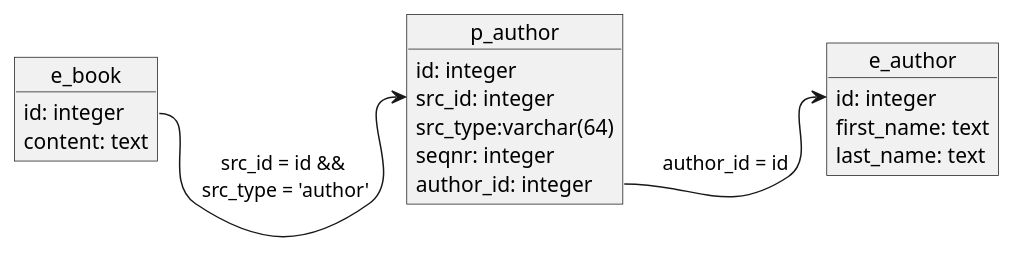
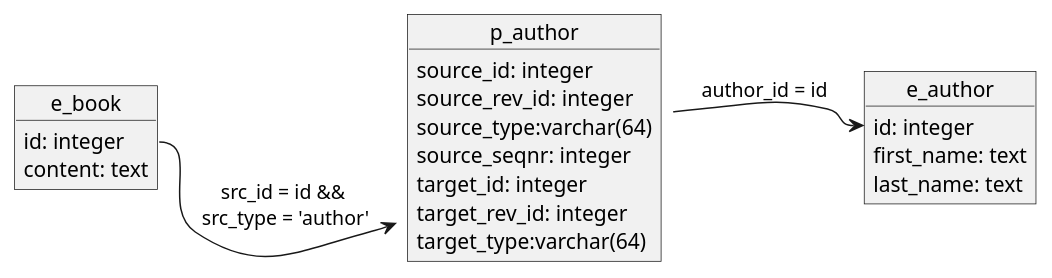
One commit to typexs/typexs-schema changed the third of 6 diagrams in docs/de/home.adoc. Above: the diagram before and after it, drawn with PlantUML. The commit also changed other lines of this file and 6 other files, not shown here.

```diff
--- a/docs/de/home.adoc
+++ b/docs/de/home.adoc
@@ -240,27 +240,29 @@
 [plantuml, images/erm_03_schema_with_join, png]
 ....
 
 object e_author {
   id: integer
   first_name: text
   last_name: text
 }
 
 object p_author {
-  id: integer
-  src_id: integer
-  src_type:varchar(64)
-  seqnr: integer
-  author_id: integer
+  source_id: integer
+  source_rev_id: integer
+  source_type:varchar(64)
+  source_seqnr: integer
+  target_id: integer
+  target_rev_id: integer
+  target_type:varchar(64)
 }
 
 object e_book {
   id: integer
   content: text
 }
 
 
 e_book::id -right-> p_author::src_id : "src_id = id &&\n src_type = 'author'"
 p_author::author_id -right-> e_author::id : "author_id = id"
 
 ....
```
